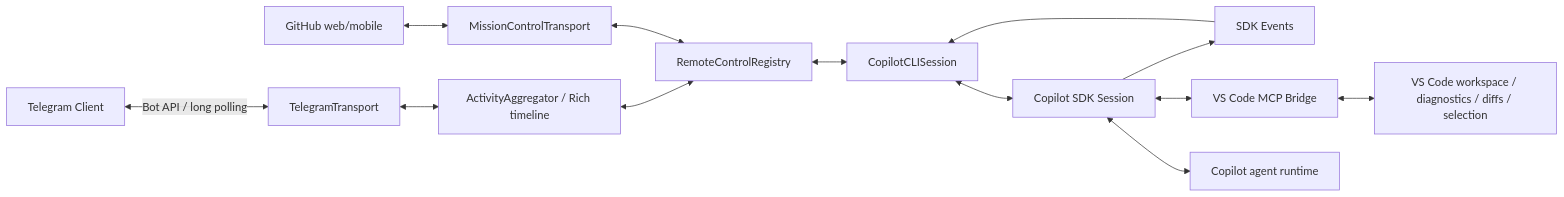
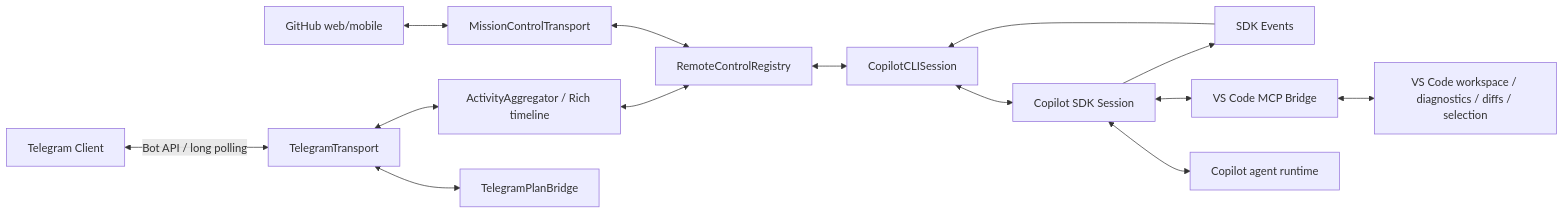
The diagram in extensions/copilot/docs/telegram-remote/README.md (SachiHarshitha/vscode-telegram), drawn with Mermaid before and after one commit. The commit also changed other lines of this file and 43 other files, not shown here.

````diff
--- a/extensions/copilot/docs/telegram-remote/README.md
+++ b/extensions/copilot/docs/telegram-remote/README.md
@@ -55,15 +55,16 @@
 ```mermaid
 flowchart LR
     TG[Telegram Client] <-->|Bot API / long polling| TA[TelegramTransport]
     GH[GitHub web/mobile] <--> MC[MissionControlTransport]
     TA <--> TL[ActivityAggregator / Rich timeline]
+    TA <--> PB[TelegramPlanBridge]
     TL <--> RC[RemoteControlRegistry]
     MC <--> RC
     RC <--> CS[CopilotCLISession]
     CS <--> S[Copilot SDK Session]
     S --> EV[SDK Events]
     EV --> CS
     S <--> MCP[VS Code MCP Bridge]
     MCP <--> IDE[VS Code workspace / diagnostics / diffs / selection]
     S <--> AGENT[Copilot agent runtime]
 ```
````
